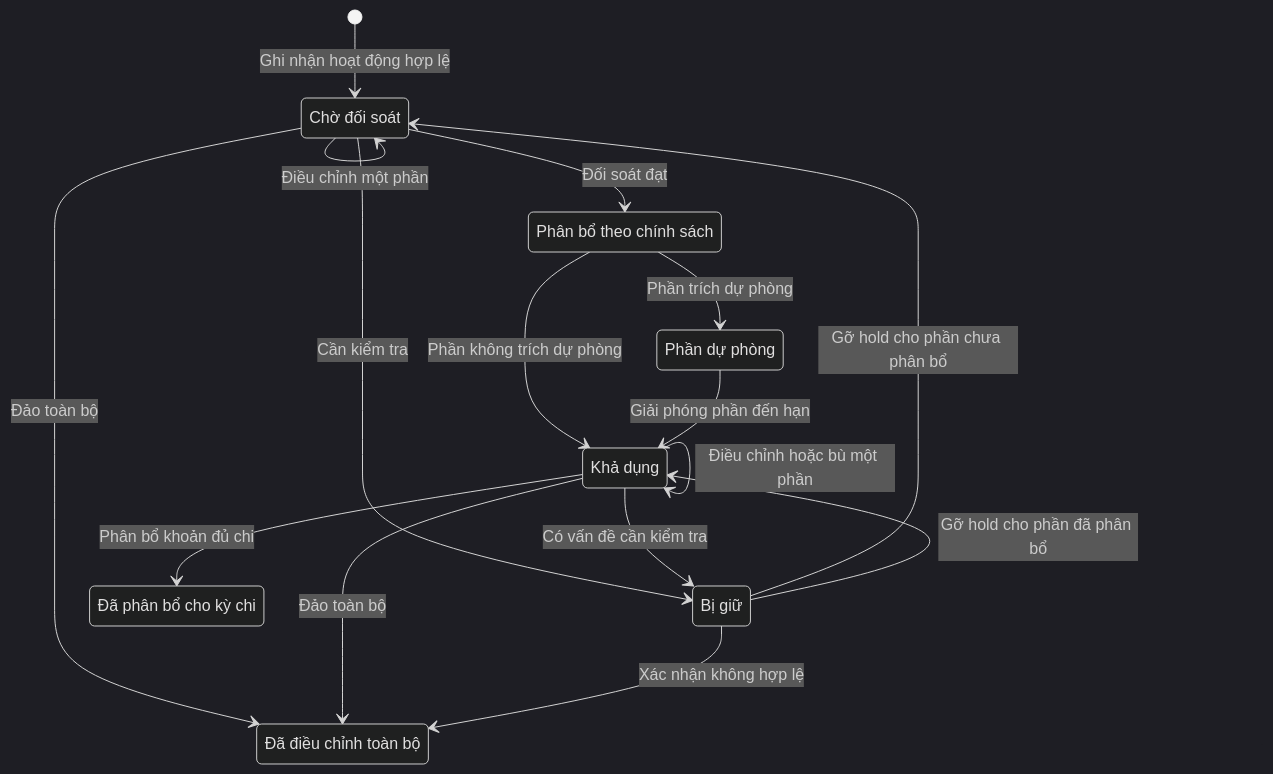
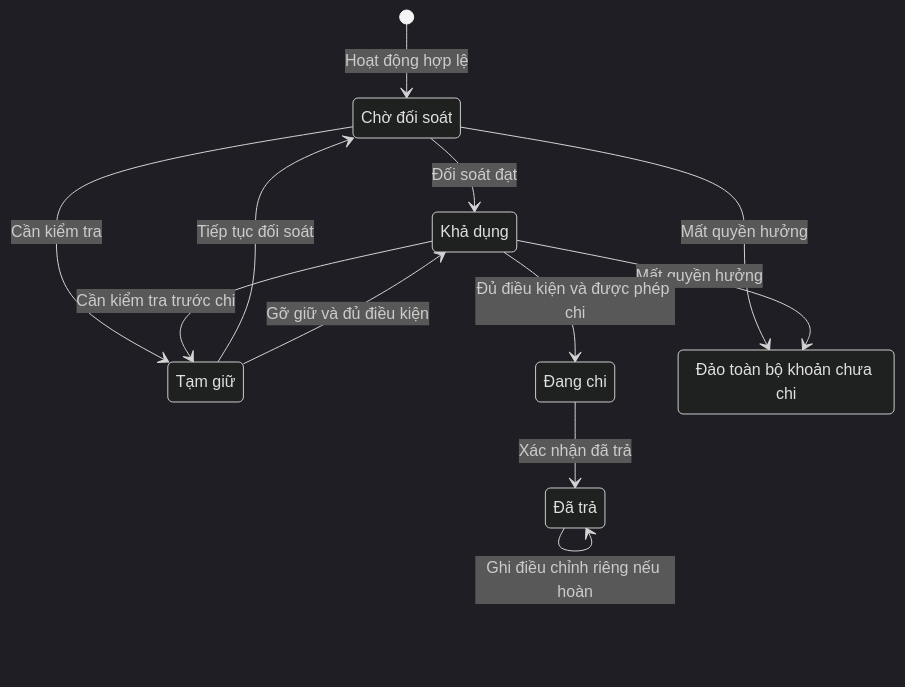
One commit to maivtn/taxiq changed the fifth of 5 diagrams in docs/business/business-oneqr-earnings.md. Above: the diagram before and after it, drawn with Mermaid (dark theme). The commit also changed other lines of this file, not shown here.

````diff
--- a/docs/business/business-oneqr-earnings.md
+++ b/docs/business/business-oneqr-earnings.md
@@ -228,25 +226,20 @@
 ```mermaid
 stateDiagram-v2
     state "Chờ đối soát" as Pending
-    state "Phân bổ theo chính sách" as Allocation
-    state "Phần dự phòng" as ReservedPart
     state "Khả dụng" as Available
-    state "Bị giữ" as Held
-    state "Đã phân bổ cho kỳ chi" as Allocated
-    state "Đã điều chỉnh toàn bộ" as Reversed
-    [*] --> Pending : Ghi nhận hoạt động hợp lệ
-    Pending --> Allocation : Đối soát đạt
-    Allocation --> Available : Phần không trích dự phòng
-    Allocation --> ReservedPart : Phần trích dự phòng
+    state "Tạm giữ" as Held
+    state "Đang chi" as InPayout
+    state "Đã trả" as Paid
+    state "Đảo toàn bộ khoản chưa chi" as Reversed
+    [*] --> Pending : Hoạt động hợp lệ
+    Pending --> Available : Đối soát đạt
     Pending --> Held : Cần kiểm tra
-    Available --> Held : Có vấn đề cần kiểm tra
-    Held --> Pending : Gỡ hold cho phần chưa phân bổ
-    Held --> Available : Gỡ hold cho phần đã phân bổ
-    ReservedPart --> Available : Giải phóng phần đến hạn
-    Pending --> Reversed : Đảo toàn bộ
-    Available --> Reversed : Đảo toàn bộ
-    Held --> Reversed : Xác nhận không hợp lệ
-    Pending --> Pending : Điều chỉnh một phần
-    Available --> Available : Điều chỉnh hoặc bù một phần
-    Available --> Allocated : Phân bổ khoản đủ chi
+    Available --> Held : Cần kiểm tra trước chi
+    Held --> Pending : Tiếp tục đối soát
+    Held --> Available : Gỡ giữ và đủ điều kiện
+    Pending --> Reversed : Mất quyền hưởng
+    Available --> Reversed : Mất quyền hưởng
+    Available --> InPayout : Đủ điều kiện và được phép chi
+    InPayout --> Paid : Xác nhận đã trả
+    Paid --> Paid : Ghi điều chỉnh riêng nếu hoàn
 ```
````
